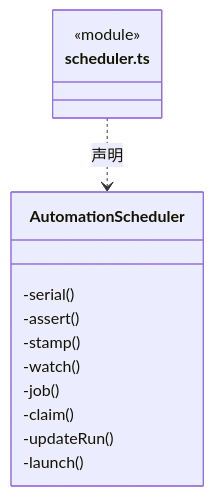
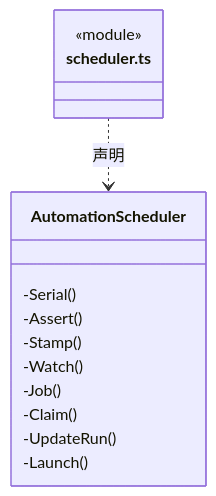
The second of 2 diagrams in src/logic/automation/runtime/ARCHITECTURE.md (nan023062/cbim), drawn with Mermaid before and after one commit. The commit also changed other lines of this file and 1035 other files, not shown here.

````diff
--- a/src/logic/automation/runtime/ARCHITECTURE.md
+++ b/src/logic/automation/runtime/ARCHITECTURE.md
@@ -53,17 +53,17 @@
 ```mermaid
 classDiagram
 class N_src_logic_automation_runtime_scheduler_ts["scheduler.ts"] {
   <<module>>
 }
 class N_src_logic_automation_runtime_scheduler_ts_AutomationScheduler["AutomationScheduler"] {
-  -serial()
-  -assert()
-  -stamp()
-  -watch()
-  -job()
-  -claim()
-  -updateRun()
-  -launch()
+  -Serial()
+  -Assert()
+  -Stamp()
+  -Watch()
+  -Job()
+  -Claim()
+  -UpdateRun()
+  -Launch()
 }
 N_src_logic_automation_runtime_scheduler_ts ..> N_src_logic_automation_runtime_scheduler_ts_AutomationScheduler : 声明
 ```
````
